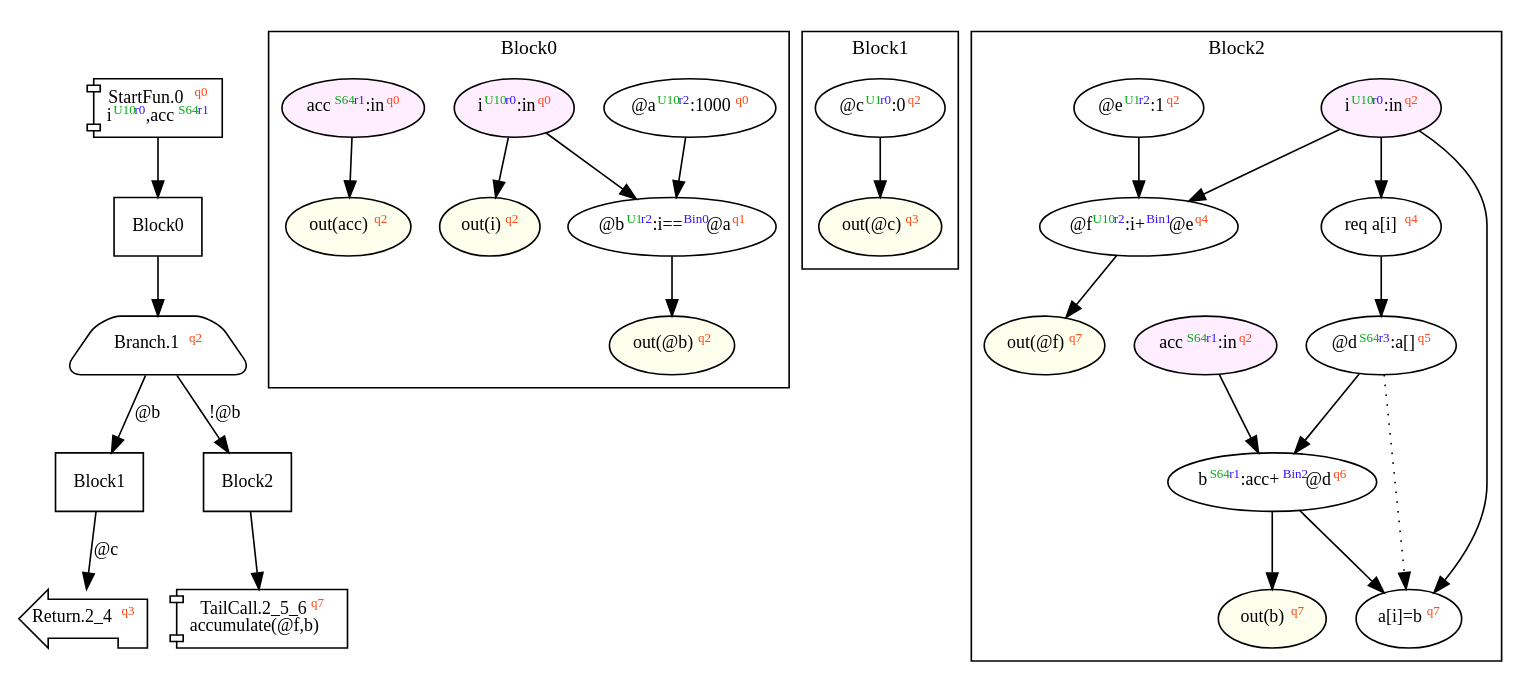
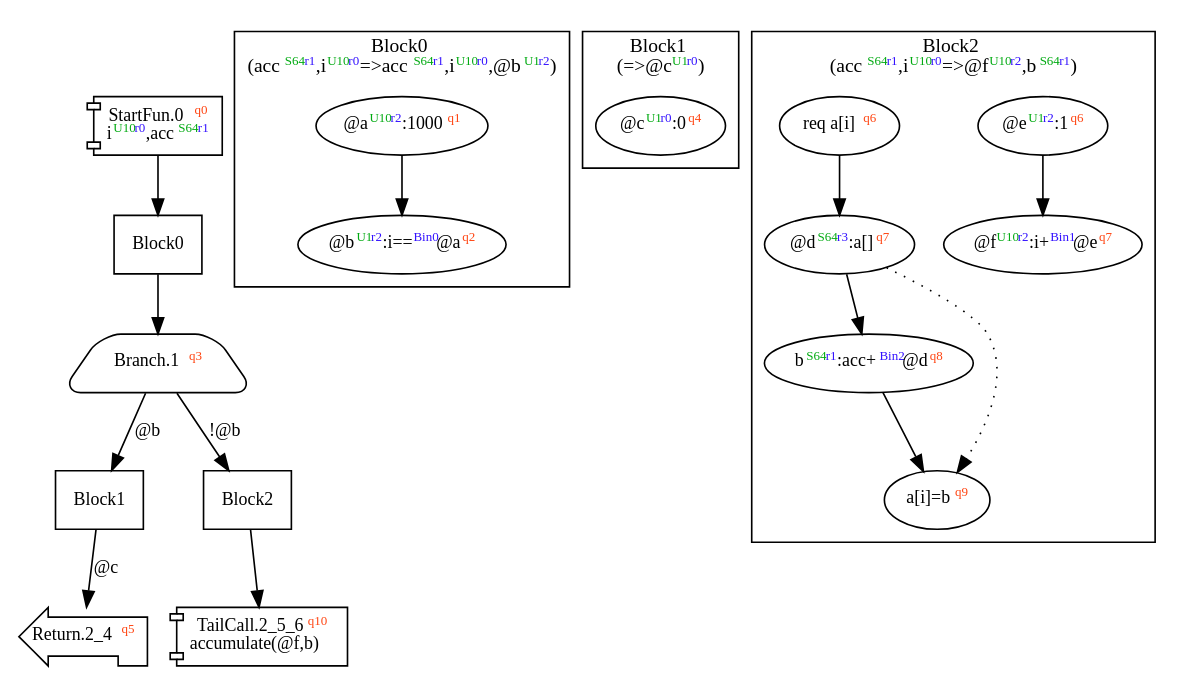
One commit to akouryy/SyntheScala changed the diagram in dist/accumulate.dot. Above: the diagram before and after it, drawn with Graphviz. The commit also changed 32 other files, not shown here.

```diff
--- a/dist/accumulate.dot
+++ b/dist/accumulate.dot
@@ -1,69 +1,48 @@
 digraph Program_ {
   graph [fontname = "Monaco", fontsize = 12, ranksep = 0.5];
   node [shape = box, fontname = "Monaco", fontsize = 11; colorscheme = pastel19];
   edge [fontname = "Monaco", fontsize = 11; colorscheme = pastel19];
   Jump0[label = <StartFun.0<font color="#ff4411" point-size="8"><sup>q0</sup></font><br/>i<font color="#00aa11" point-size="8"><sup>U10</sup></font><font color="#3311ff" point-size="8"><sup>r0</sup></font>,acc<font color="#00aa11" point-size="8"><sup>S64</sup></font><font color="#3311ff" point-size="8"><sup>r1</sup></font>>; shape = component];
   Jump0 -> Block0;
   Jump1[
-    label = <Branch.1<font color="#ff4411" point-size="8"><sup>q2</sup></font>>;
+    label = <Branch.1<font color="#ff4411" point-size="8"><sup>q3</sup></font>>;
     shape = trapezium; style = rounded;
   ];
   Block0 -> Jump1;
   Jump1 -> Block1 [label="@b"];
   Jump1 -> Block2 [label="!@b"];
-  Jump2_4[label = <Return.2_4<font color="#ff4411" point-size="8"><sup>q3</sup></font>>; shape = lpromoter];
+  Jump2_4[label = <Return.2_4<font color="#ff4411" point-size="8"><sup>q5</sup></font>>; shape = lpromoter];
   Block1 -> Jump2_4 [label="@c"];
-  Jump2_5_6[label = <TailCall.2_5_6<font color="#ff4411" point-size="8"><sup>q7</sup></font><br/>accumulate(@f,b)>; shape = component];
+  Jump2_5_6[label = <TailCall.2_5_6<font color="#ff4411" point-size="8"><sup>q10</sup></font><br/>accumulate(@f,b)>; shape = component];
   Block2 -> Jump2_5_6;
   Block0 [label = "Block0"];
   Block1 [label = "Block1"];
   Block2 [label = "Block2"];
   subgraph cluster_dfg_Block0 {
     node [shape = oval];
-    label = "Block0";
-    0 [label=<@a<font color="#00aa11" point-size="8"><sup>U10</sup></font><font color="#3311ff" point-size="8"><sup>r2</sup></font>:1000<font color="#ff4411" point-size="8"><sup>q0</sup></font>>; ];
-    20 [label=<out(@b)<font color="#ff4411" point-size="8"><sup>q2</sup></font>>; style="filled"; fillcolor="#ffffee";];
-    1 [label=<@b<font color="#00aa11" point-size="8"><sup>U1</sup></font><font color="#3311ff" point-size="8"><sup>r2</sup></font>:i==<font color="#3311ff" point-size="8"><sup>Bin0</sup></font>@a<font color="#ff4411" point-size="8"><sup>q1</sup></font>>; ];
-    17 [label=<i<font color="#00aa11" point-size="8"><sup>U10</sup></font><font color="#3311ff" point-size="8"><sup>r0</sup></font>:in<font color="#ff4411" point-size="8"><sup>q0</sup></font>>; style="filled"; fillcolor="#ffeeff";];
-    18 [label=<out(acc)<font color="#ff4411" point-size="8"><sup>q2</sup></font>>; style="filled"; fillcolor="#ffffee";];
-    16 [label=<acc<font color="#00aa11" point-size="8"><sup>S64</sup></font><font color="#3311ff" point-size="8"><sup>r1</sup></font>:in<font color="#ff4411" point-size="8"><sup>q0</sup></font>>; style="filled"; fillcolor="#ffeeff";];
-    19 [label=<out(i)<font color="#ff4411" point-size="8"><sup>q2</sup></font>>; style="filled"; fillcolor="#ffffee";];
+    label = <Block0<br/>(acc<font color="#00aa11" point-size="8"><sup>S64</sup></font><font color="#3311ff" point-size="8"><sup>r1</sup></font>,i<font color="#00aa11" point-size="8"><sup>U10</sup></font><font color="#3311ff" point-size="8"><sup>r0</sup></font>=&gt;acc<font color="#00aa11" point-size="8"><sup>S64</sup></font><font color="#3311ff" point-size="8"><sup>r1</sup></font>,i<font color="#00aa11" point-size="8"><sup>U10</sup></font><font color="#3311ff" point-size="8"><sup>r0</sup></font>,@b<font color="#00aa11" point-size="8"><sup>U1</sup></font><font color="#3311ff" point-size="8"><sup>r2</sup></font>)>;
+    0 [label=<@a<font color="#00aa11" point-size="8"><sup>U10</sup></font><font color="#3311ff" point-size="8"><sup>r2</sup></font>:1000<font color="#ff4411" point-size="8"><sup>q1</sup></font>>];
+    1 [label=<@b<font color="#00aa11" point-size="8"><sup>U1</sup></font><font color="#3311ff" point-size="8"><sup>r2</sup></font>:i==<font color="#3311ff" point-size="8"><sup>Bin0</sup></font>@a<font color="#ff4411" point-size="8"><sup>q2</sup></font>>];
     0 -> 1;
-    1 -> 20;
-    16 -> 18;
-    17 -> 1;
-    17 -> 19;
   }
   subgraph cluster_dfg_Block1 {
     node [shape = oval];
-    label = "Block1";
-    2 [label=<@c<font color="#00aa11" point-size="8"><sup>U1</sup></font><font color="#3311ff" point-size="8"><sup>r0</sup></font>:0<font color="#ff4411" point-size="8"><sup>q2</sup></font>>; ];
-    12 [label=<out(@c)<font color="#ff4411" point-size="8"><sup>q3</sup></font>>; style="filled"; fillcolor="#ffffee";];
-    2 -> 12;
+    label = <Block1<br/>(=&gt;@c<font color="#00aa11" point-size="8"><sup>U1</sup></font><font color="#3311ff" point-size="8"><sup>r0</sup></font>)>;
+    2 [label=<@c<font color="#00aa11" point-size="8"><sup>U1</sup></font><font color="#3311ff" point-size="8"><sup>r0</sup></font>:0<font color="#ff4411" point-size="8"><sup>q4</sup></font>>];
   }
   subgraph cluster_dfg_Block2 {
     node [shape = oval];
-    label = "Block2";
-    5 [label=<b<font color="#00aa11" point-size="8"><sup>S64</sup></font><font color="#3311ff" point-size="8"><sup>r1</sup></font>:acc+<font color="#3311ff" point-size="8"><sup>Bin2</sup></font>@d<font color="#ff4411" point-size="8"><sup>q6</sup></font>>; ];
-    14 [label=<i<font color="#00aa11" point-size="8"><sup>U10</sup></font><font color="#3311ff" point-size="8"><sup>r0</sup></font>:in<font color="#ff4411" point-size="8"><sup>q2</sup></font>>; style="filled"; fillcolor="#ffeeff";];
-    6 [label=<a[i]=b<font color="#ff4411" point-size="8"><sup>q7</sup></font>>; ];
-    21 [label=<out(@f)<font color="#ff4411" point-size="8"><sup>q7</sup></font>>; style="filled"; fillcolor="#ffffee";];
-    13 [label=<acc<font color="#00aa11" point-size="8"><sup>S64</sup></font><font color="#3311ff" point-size="8"><sup>r1</sup></font>:in<font color="#ff4411" point-size="8"><sup>q2</sup></font>>; style="filled"; fillcolor="#ffeeff";];
-    22 [label=<out(b)<font color="#ff4411" point-size="8"><sup>q7</sup></font>>; style="filled"; fillcolor="#ffffee";];
-    7 [label=<@e<font color="#00aa11" point-size="8"><sup>U1</sup></font><font color="#3311ff" point-size="8"><sup>r2</sup></font>:1<font color="#ff4411" point-size="8"><sup>q2</sup></font>>; ];
-    3 [label=<req a[i]<font color="#ff4411" point-size="8"><sup>q4</sup></font>>; ];
-    8 [label=<@f<font color="#00aa11" point-size="8"><sup>U10</sup></font><font color="#3311ff" point-size="8"><sup>r2</sup></font>:i+<font color="#3311ff" point-size="8"><sup>Bin1</sup></font>@e<font color="#ff4411" point-size="8"><sup>q4</sup></font>>; ];
-    4 [label=<@d<font color="#00aa11" point-size="8"><sup>S64</sup></font><font color="#3311ff" point-size="8"><sup>r3</sup></font>:a[]<font color="#ff4411" point-size="8"><sup>q5</sup></font>>; ];
+    label = <Block2<br/>(acc<font color="#00aa11" point-size="8"><sup>S64</sup></font><font color="#3311ff" point-size="8"><sup>r1</sup></font>,i<font color="#00aa11" point-size="8"><sup>U10</sup></font><font color="#3311ff" point-size="8"><sup>r0</sup></font>=&gt;@f<font color="#00aa11" point-size="8"><sup>U10</sup></font><font color="#3311ff" point-size="8"><sup>r2</sup></font>,b<font color="#00aa11" point-size="8"><sup>S64</sup></font><font color="#3311ff" point-size="8"><sup>r1</sup></font>)>;
+    5 [label=<b<font color="#00aa11" point-size="8"><sup>S64</sup></font><font color="#3311ff" point-size="8"><sup>r1</sup></font>:acc+<font color="#3311ff" point-size="8"><sup>Bin2</sup></font>@d<font color="#ff4411" point-size="8"><sup>q8</sup></font>>];
+    6 [label=<a[i]=b<font color="#ff4411" point-size="8"><sup>q9</sup></font>>];
+    7 [label=<@e<font color="#00aa11" point-size="8"><sup>U1</sup></font><font color="#3311ff" point-size="8"><sup>r2</sup></font>:1<font color="#ff4411" point-size="8"><sup>q6</sup></font>>];
+    3 [label=<req a[i]<font color="#ff4411" point-size="8"><sup>q6</sup></font>>];
+    8 [label=<@f<font color="#00aa11" point-size="8"><sup>U10</sup></font><font color="#3311ff" point-size="8"><sup>r2</sup></font>:i+<font color="#3311ff" point-size="8"><sup>Bin1</sup></font>@e<font color="#ff4411" point-size="8"><sup>q7</sup></font>>];
+    4 [label=<@d<font color="#00aa11" point-size="8"><sup>S64</sup></font><font color="#3311ff" point-size="8"><sup>r3</sup></font>:a[]<font color="#ff4411" point-size="8"><sup>q7</sup></font>>];
     4 -> 5;
     5 -> 6;
-    5 -> 22;
     7 -> 8;
-    8 -> 21;
-    13 -> 5;
-    14 -> 3;
-    14 -> 6;
-    14 -> 8;
     3 -> 4 [style = solid];
     4 -> 6 [style = dotted];
   }
 }
```
